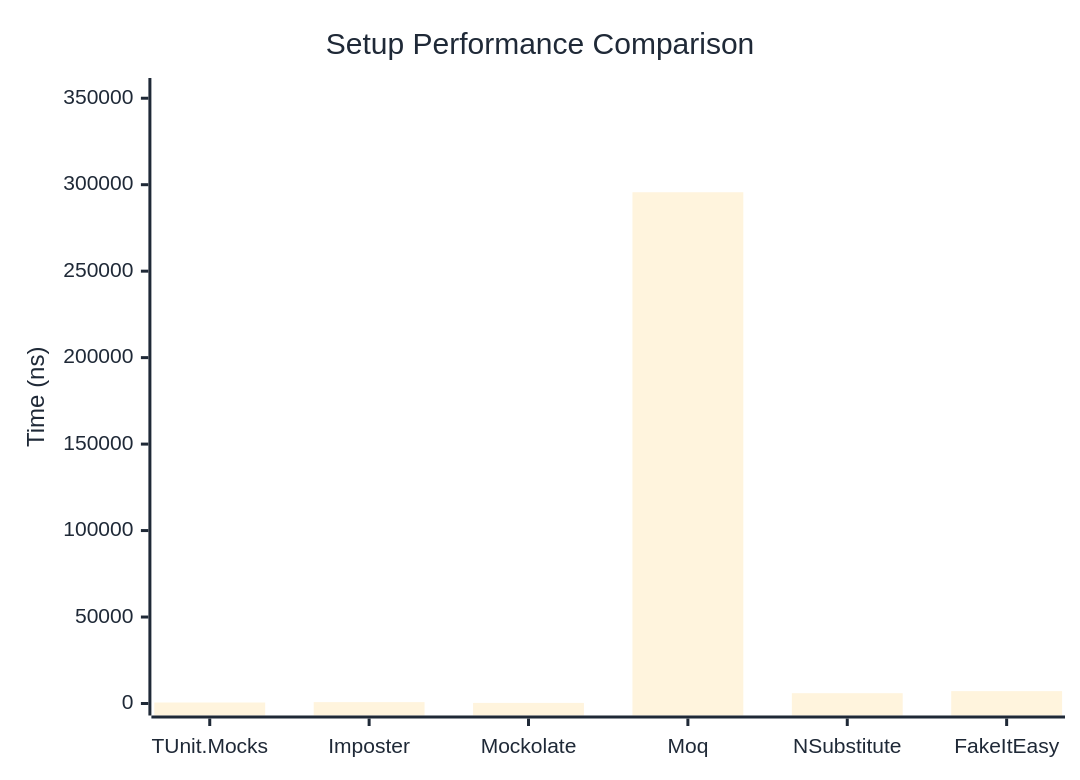
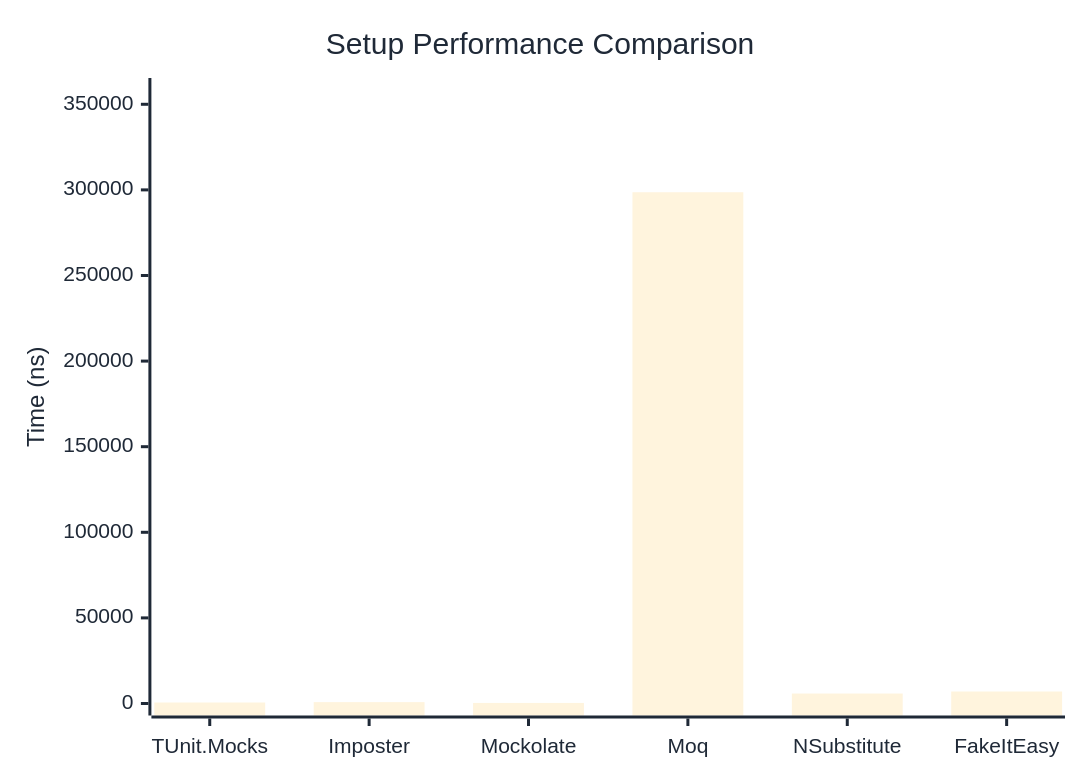
The first of 2 diagrams in docs/docs/benchmarks/mocks/Setup.md (thomhurst/TUnit), drawn with Mermaid before and after one commit. The commit also changed other lines of this file and 14 other files, not shown here.

````diff
--- a/docs/docs/benchmarks/mocks/Setup.md
+++ b/docs/docs/benchmarks/mocks/Setup.md
@@ -30,27 +30,27 @@
 ```mermaid
 %%{init: {
   'theme':'base',
   'themeVariables': {
     'primaryColor': '#2563eb',
     'primaryTextColor': '#1f2937',
     'primaryBorderColor': '#1e40af',
     'lineColor': '#6b7280',
     'secondaryColor': '#7c3aed',
     'tertiaryColor': '#dc2626',
     'background': '#ffffff',
     'pie1': '#2563eb',
     'pie2': '#7c3aed',
     'pie3': '#dc2626',
     'pie4': '#f59e0b',
     'pie5': '#10b981',
     'pie6': '#06b6d4',
     'pie7': '#ec4899',
     'pie8': '#6366f1'
   }
 }}%%
 xychart-beta
   title "Setup Performance Comparison"
   x-axis ["TUnit.Mocks", "Imposter", "Mockolate", "Moq", "NSubstitute", "FakeItEasy"]
-  y-axis "Time (ns)" 0 --> 354759
-  bar [569.9, 789.5, 338.5, 295632.3, 5964.2, 7147]
+  y-axis "Time (ns)" 0 --> 358345
+  bar [581.8, 799.2, 326.3, 298620.6, 5828.4, 7003.6]
 ```
````
